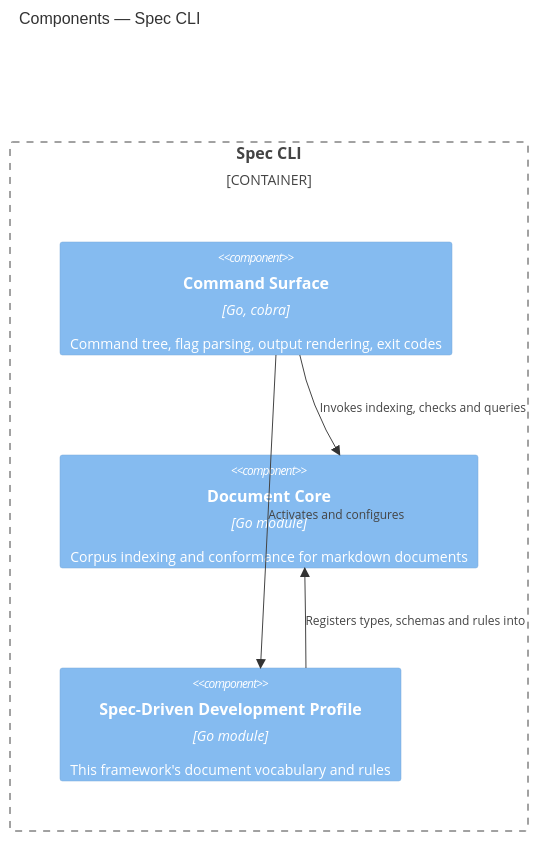
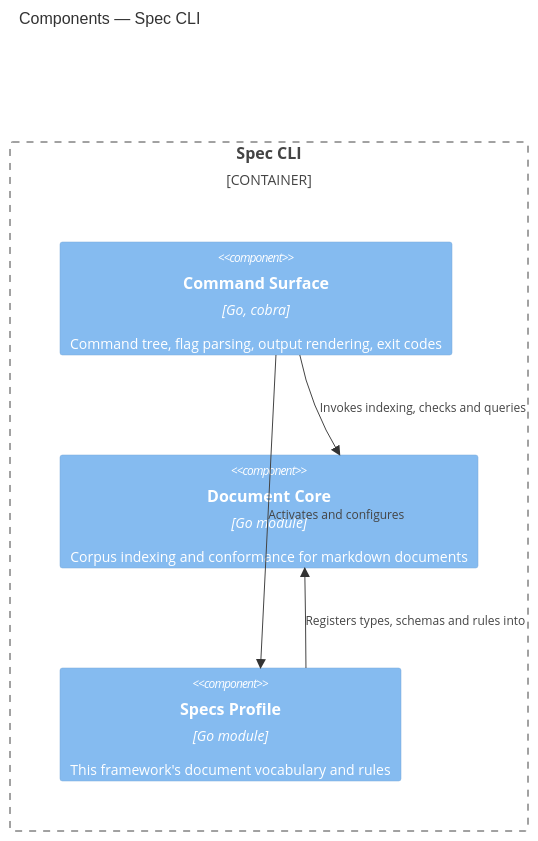
Before and after one commit to brettcallaghan/specs: the second of 2 diagrams in specs/containers/spec-cli/spec-cli-container.md, drawn with Mermaid. The commit also changed other lines of this file and 138 other files, not shown here.

First line of the commit message:
Rename the spec-driven-dev profile and old project names to specs

````diff
--- a/specs/containers/spec-cli/spec-cli-container.md
+++ b/specs/containers/spec-cli/spec-cli-container.md
@@ -99,12 +99,12 @@
 ```mermaid
 C4Component
     title Components — Spec CLI
     Container_Boundary(cli, "Spec CLI") {
         Component(cmd, "Command Surface", "Go, cobra", "Command tree, flag parsing, output rendering, exit codes")
         Component(core, "Document Core", "Go module", "Corpus indexing and conformance for markdown documents")
-        Component(profile, "Spec-Driven Development Profile", "Go module", "This framework's document vocabulary and rules")
+        Component(profile, "Specs Profile", "Go module", "This framework's document vocabulary and rules")
     }
     Rel(cmd, profile, "Activates and configures")
     Rel(cmd, core, "Invokes indexing, checks and queries")
     Rel(profile, core, "Registers types, schemas and rules into")
 ```
````
